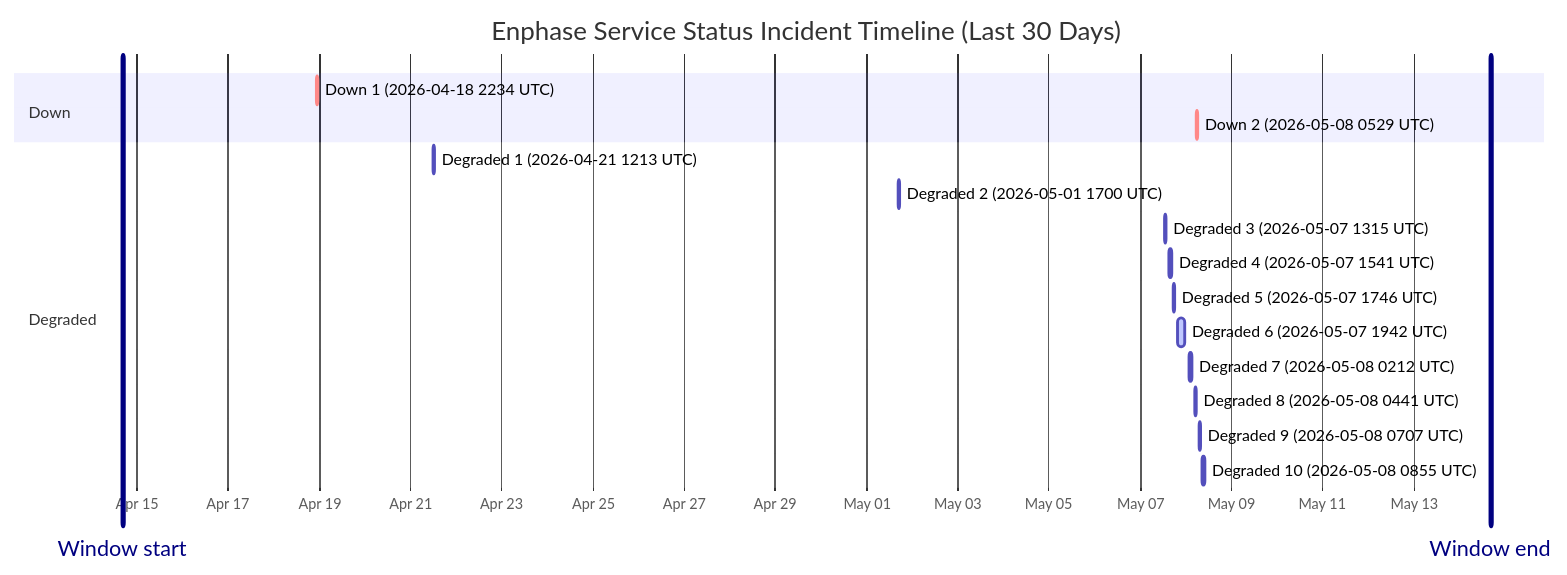
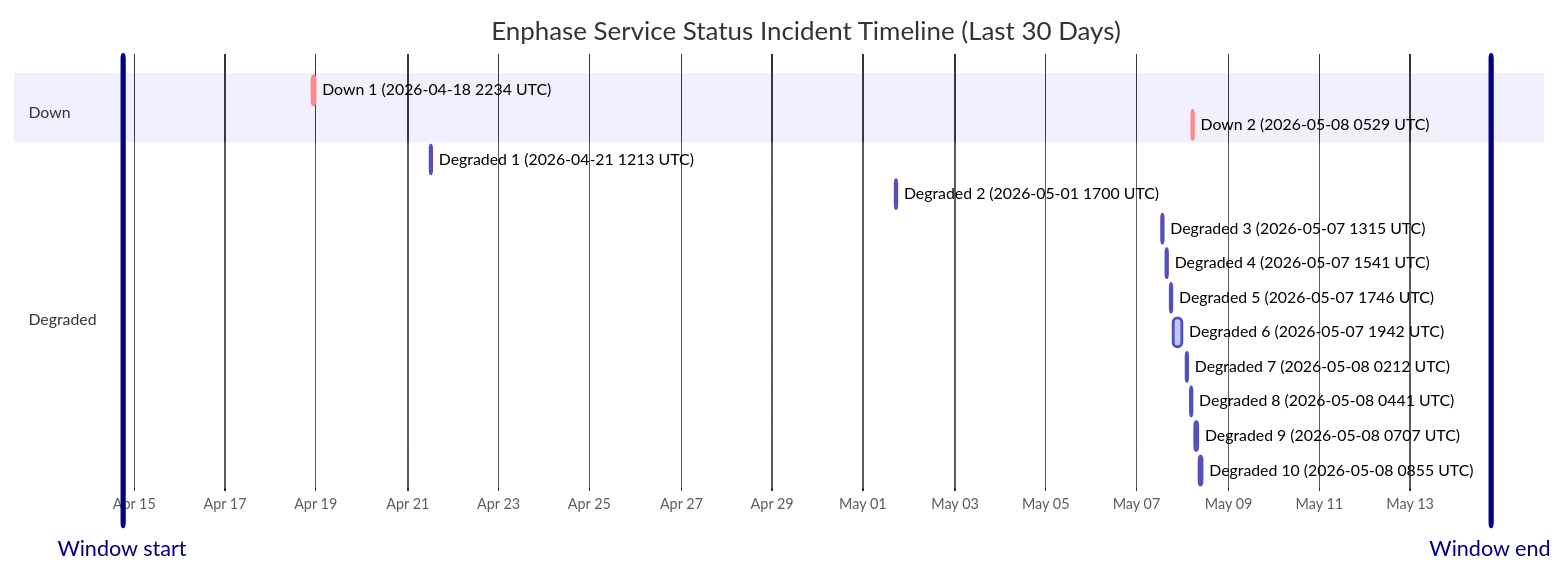
Before and after one commit to barneyonline/ha-enphase-ev-charger: the diagram in wiki/Service-Status-History.md, drawn with Mermaid. The commit also changed other lines of this file and 3 other files, not shown here.

````diff
--- a/wiki/Service-Status-History.md
+++ b/wiki/Service-Status-History.md
@@ -14,22 +14,22 @@
 ```mermaid
 gantt
     title Enphase Service Status Incident Timeline (Last 30 Days)
     dateFormat  YYYY-MM-DDTHH:mm:ss
     axisFormat  %b %d
-    Window start :vert, window-start, 2026-04-14T16:26:11, 0ms
-    Window end :vert, window-end, 2026-05-14T16:26:11, 0ms
+    Window start :vert, window-start, 2026-04-14T18:16:34, 0ms
+    Window end :vert, window-end, 2026-05-14T18:16:34, 0ms
     section Down
     Down 1 (2026-04-18 2234 UTC) :crit, down-1, 2026-04-18T22:34:13, 60m
     Down 2 (2026-05-08 0529 UTC) :crit, down-2, 2026-05-08T05:29:47, 60m
     section Degraded
     Degraded 1 (2026-04-21 1213 UTC) :active, degraded-1, 2026-04-21T12:13:11, 60m
     Degraded 2 (2026-05-01 1700 UTC) :active, degraded-2, 2026-05-01T17:00:22, 60m
     Degraded 3 (2026-05-07 1315 UTC) :active, degraded-3, 2026-05-07T13:15:25, 60m
     Degraded 4 (2026-05-07 1541 UTC) :active, degraded-4, 2026-05-07T15:41:58, 60m
     Degraded 5 (2026-05-07 1746 UTC) :active, degraded-5, 2026-05-07T17:46:51, 60m
     Degraded 6 (2026-05-07 1942 UTC) :active, degraded-6, 2026-05-07T19:42:10, 249m
     Degraded 7 (2026-05-08 0212 UTC) :active, degraded-7, 2026-05-08T02:12:39, 60m
     Degraded 8 (2026-05-08 0441 UTC) :active, degraded-8, 2026-05-08T04:41:46, 60m
     Degraded 9 (2026-05-08 0707 UTC) :active, degraded-9, 2026-05-08T07:07:30, 60m
     Degraded 10 (2026-05-08 0855 UTC) :active, degraded-10, 2026-05-08T08:55:20, 88m
 ```
````
